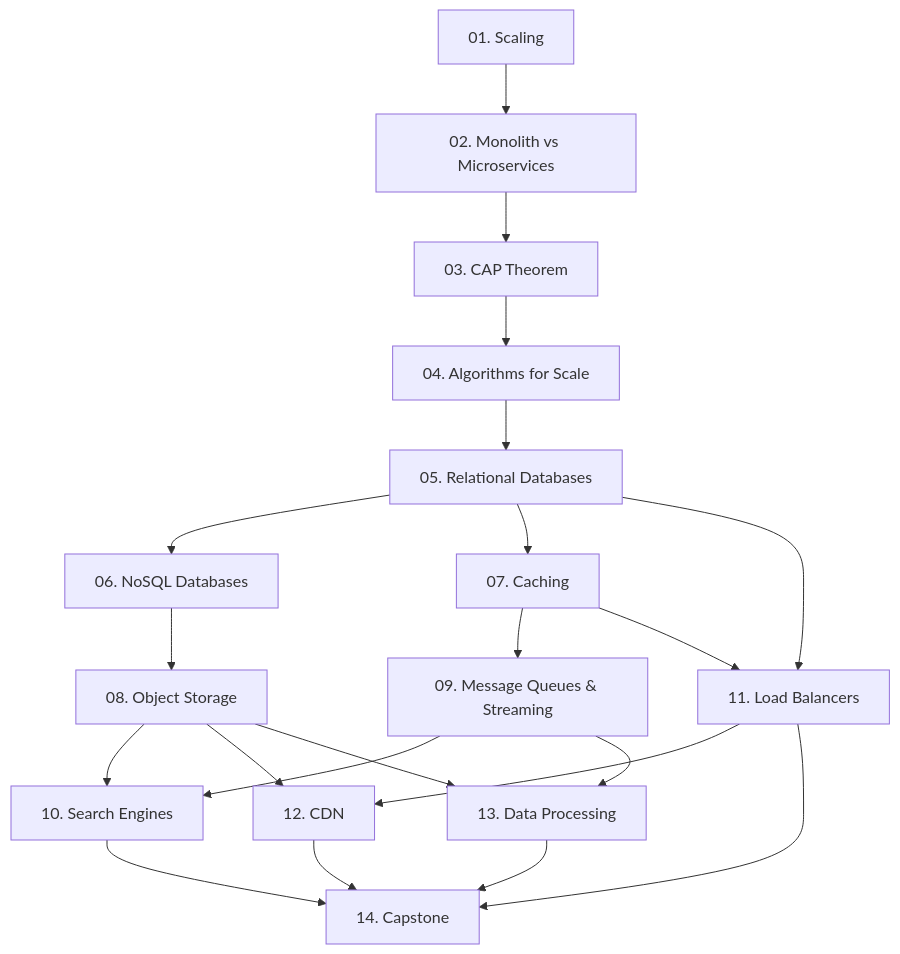
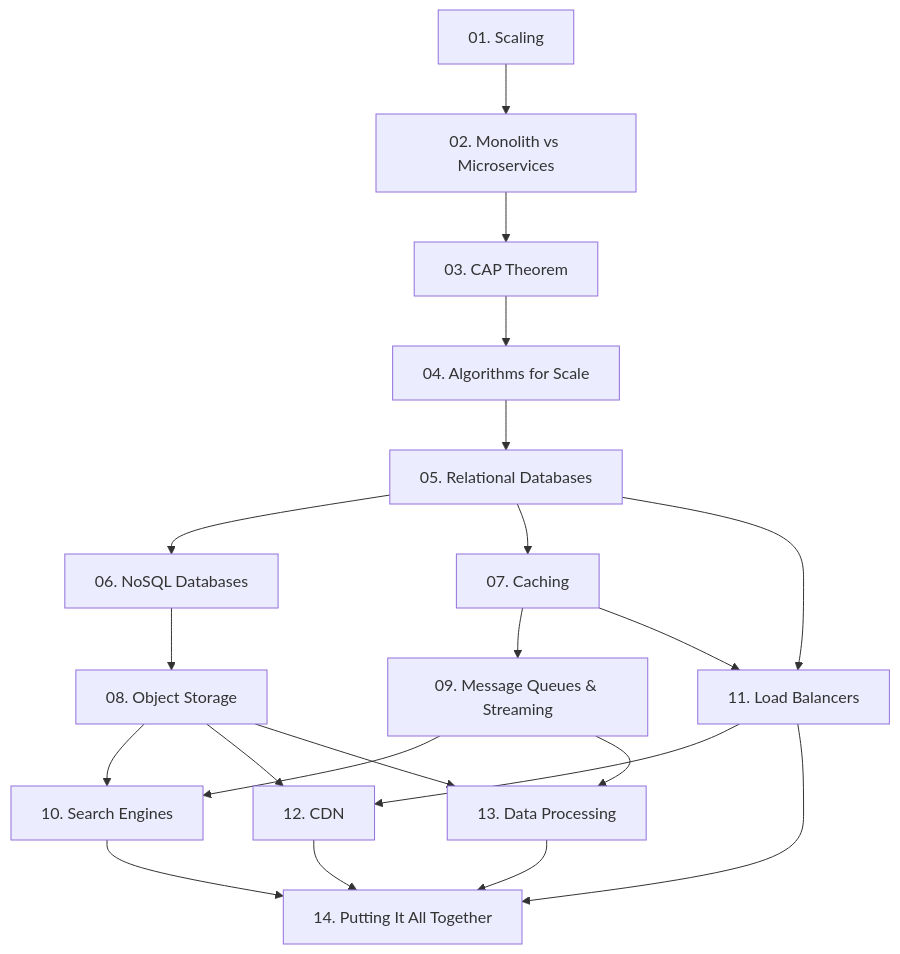
Before and after one commit to valevoor/system-design-study-guide: the diagram in README.md, drawn with Mermaid. The commit also changed other lines of this file and 2 other files, not shown here.

First line of the commit message:
Rename "Capstone" chapter to "Putting It All Together"

````diff
--- a/README.md
+++ b/README.md
@@ -99,23 +99,23 @@
 ```mermaid
 graph TD
     S1[01. Scaling] --> S2[02. Monolith vs Microservices]
     S2 --> S3[03. CAP Theorem]
     S3 --> S4[04. Algorithms for Scale]
     S4 --> A[05. Relational Databases]
     A --> B[06. NoSQL Databases]
     A --> C[07. Caching]
     B --> D[08. Object Storage]
     C --> E[09. Message Queues & Streaming]
     D --> F[10. Search Engines]
     E --> F
     A --> G[11. Load Balancers]
     C --> G
     G --> H[12. CDN]
     D --> H
     E --> J[13. Data Processing]
     D --> J
-    F --> K[14. Capstone]
+    F --> K[14. Putting It All Together]
     G --> K
     H --> K
     J --> K
 ```
````
